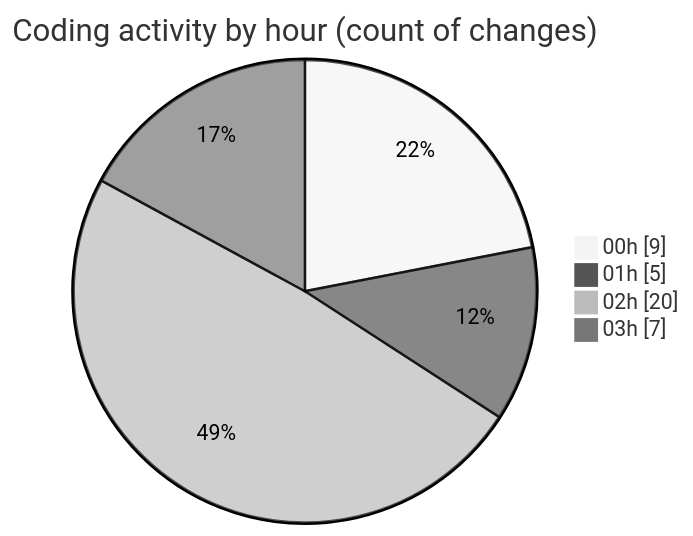
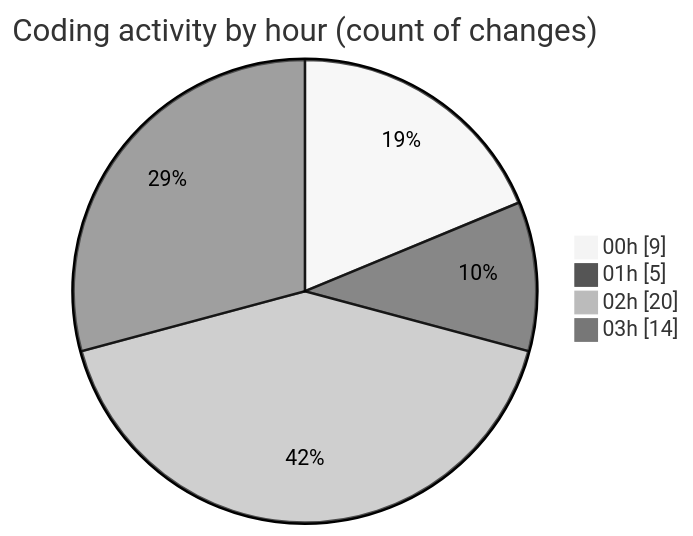
The second of 2 diagrams in 2025-08-05/studybuddy/README.md (lephambinh05/code-tracking), drawn with Mermaid (neutral theme) before and after one commit. The commit also changed other lines of this file and 1 other file, not shown here.

````diff
--- a/2025-08-05/studybuddy/README.md
+++ b/2025-08-05/studybuddy/README.md
@@ -40,8 +43,8 @@
 ```mermaid
 pie showData
 title Coding activity by hour (count of changes)
 "00h" : 9
 "01h" : 5
 "02h" : 20
-"03h" : 7
+"03h" : 14
 ```
````
